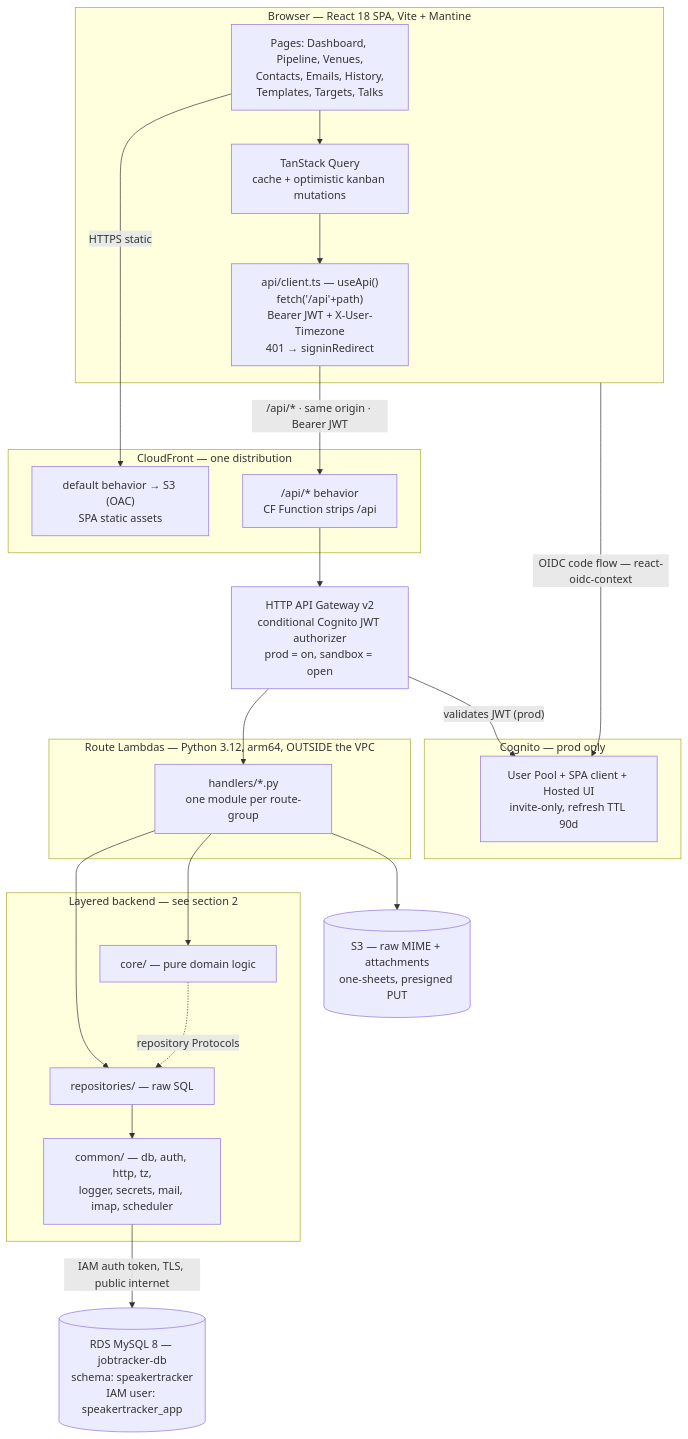
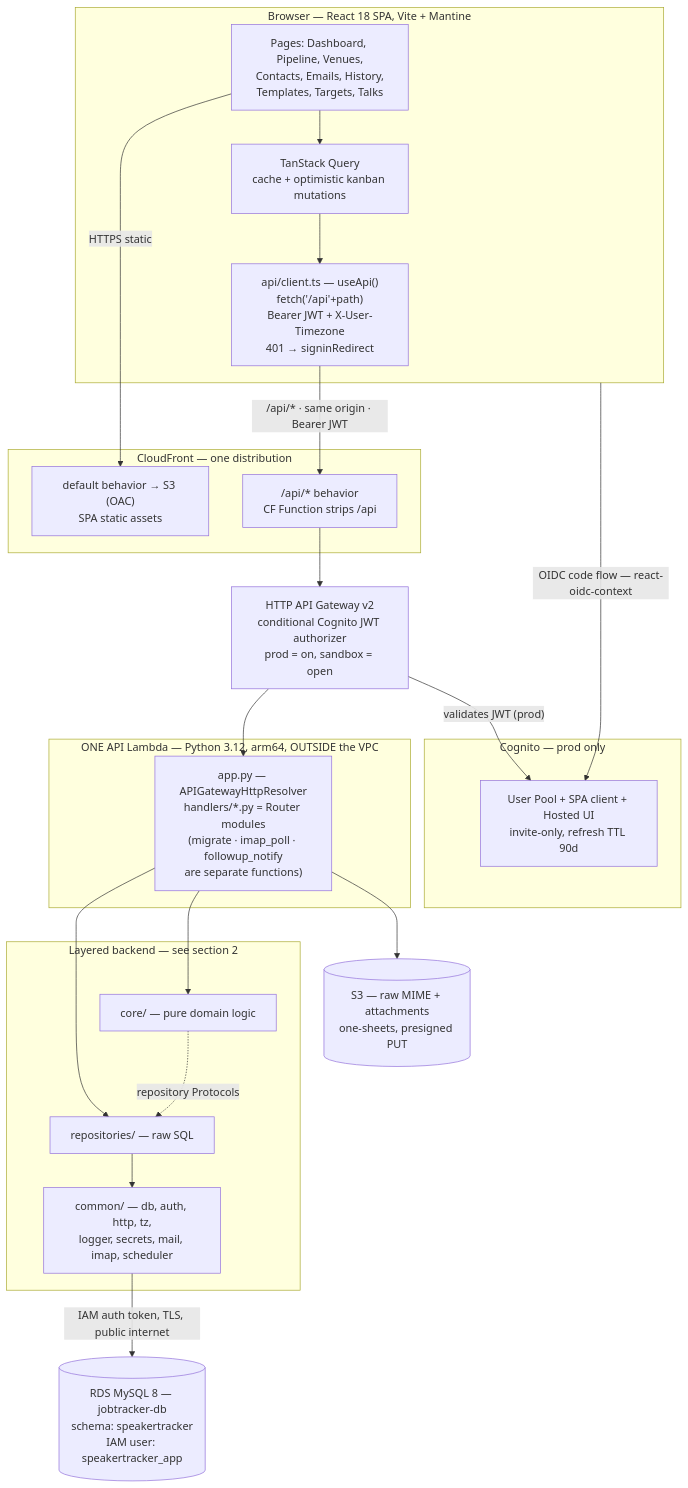
The first of 4 diagrams in docs/ARCHITECTURE.md (saastabp/speaker-tracker), drawn with Mermaid before and after one commit. The commit also changed other lines of this file and 4 other files, not shown here.

````diff
--- a/docs/ARCHITECTURE.md
+++ b/docs/ARCHITECTURE.md
@@ -19,46 +19,46 @@
 ```mermaid
 flowchart TB
     subgraph Browser["Browser — React 18 SPA, Vite + Mantine"]
         UI["Pages: Dashboard, Pipeline, Venues,<br/>Contacts, Emails, History,<br/>Templates, Targets, Talks"]
         RQ["TanStack Query<br/>cache + optimistic kanban mutations"]
         APICLIENT["api/client.ts — useApi()<br/>fetch('/api'+path)<br/>Bearer JWT + X-User-Timezone<br/>401 → signinRedirect"]
         UI --> RQ --> APICLIENT
     end
 
     subgraph Auth["Cognito — prod only"]
         COG["User Pool + SPA client + Hosted UI<br/>invite-only, refresh TTL 90d"]
     end
 
     subgraph CFDIST["CloudFront — one distribution"]
         S3SPA["default behavior → S3 (OAC)<br/>SPA static assets"]
         APIB["/api/* behavior<br/>CF Function strips /api"]
     end
 
     APIGW["HTTP API Gateway v2<br/>conditional Cognito JWT authorizer<br/>prod = on, sandbox = open"]
 
-    subgraph Lambdas["Route Lambdas — Python 3.12, arm64, OUTSIDE the VPC"]
-        LH["handlers/*.py<br/>one module per route-group"]
+    subgraph Lambdas["ONE API Lambda — Python 3.12, arm64, OUTSIDE the VPC"]
+        LH["app.py — APIGatewayHttpResolver<br/>handlers/*.py = Router modules<br/>(migrate · imap_poll · followup_notify<br/>are separate functions)"]
     end
 
     subgraph Backend["Layered backend — see section 2"]
         CORE["core/ — pure domain logic"]
         REPO["repositories/ — raw SQL"]
         COMMON["common/ — db, auth, http, tz,<br/>logger, secrets, mail, imap, scheduler"]
     end
 
     RDS[("RDS MySQL 8 — jobtracker-db<br/>schema: speakertracker<br/>IAM user: speakertracker_app")]
     S3ATT[("S3 — raw MIME + attachments<br/>one-sheets, presigned PUT")]
 
     UI -->|"HTTPS static"| S3SPA
     Browser -->|"OIDC code flow — react-oidc-context"| COG
     APICLIENT -->|"/api/* · same origin · Bearer JWT"| APIB
     APIB --> APIGW
     APIGW -->|"validates JWT (prod)"| COG
     APIGW --> LH
     LH --> CORE
     LH --> REPO
     CORE -.->|"repository Protocols"| REPO
     REPO --> COMMON
     COMMON -->|"IAM auth token, TLS, public internet"| RDS
     LH --> S3ATT
 ```
````
